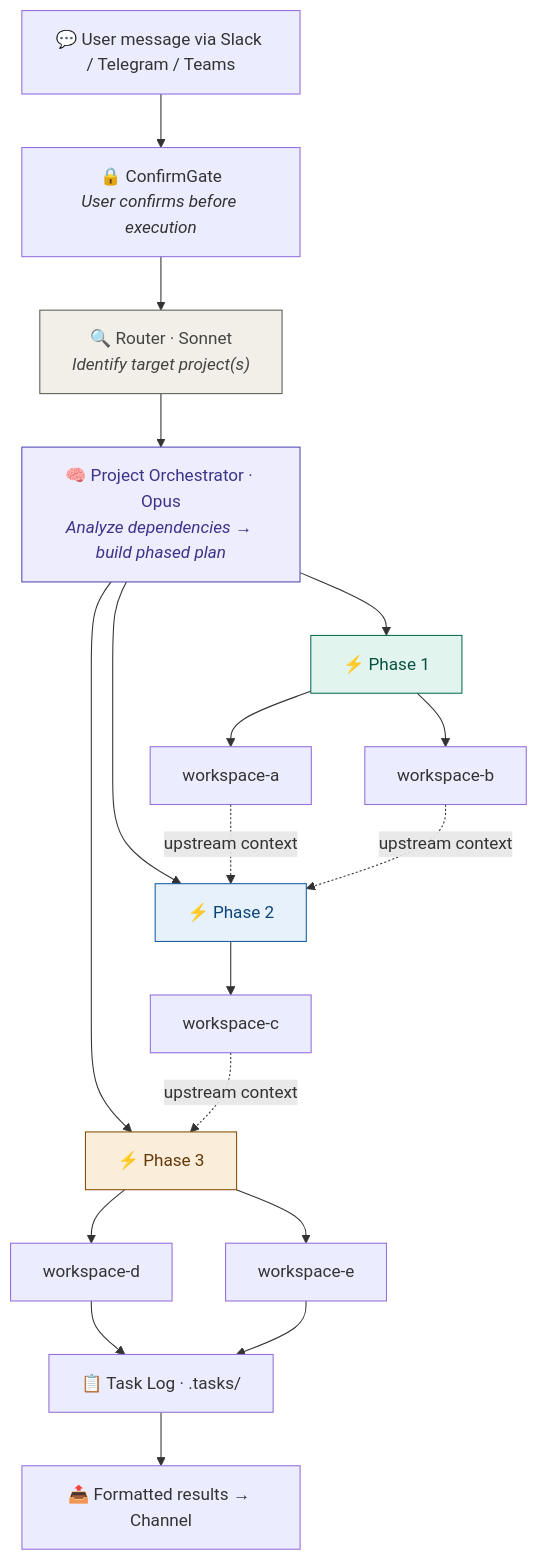
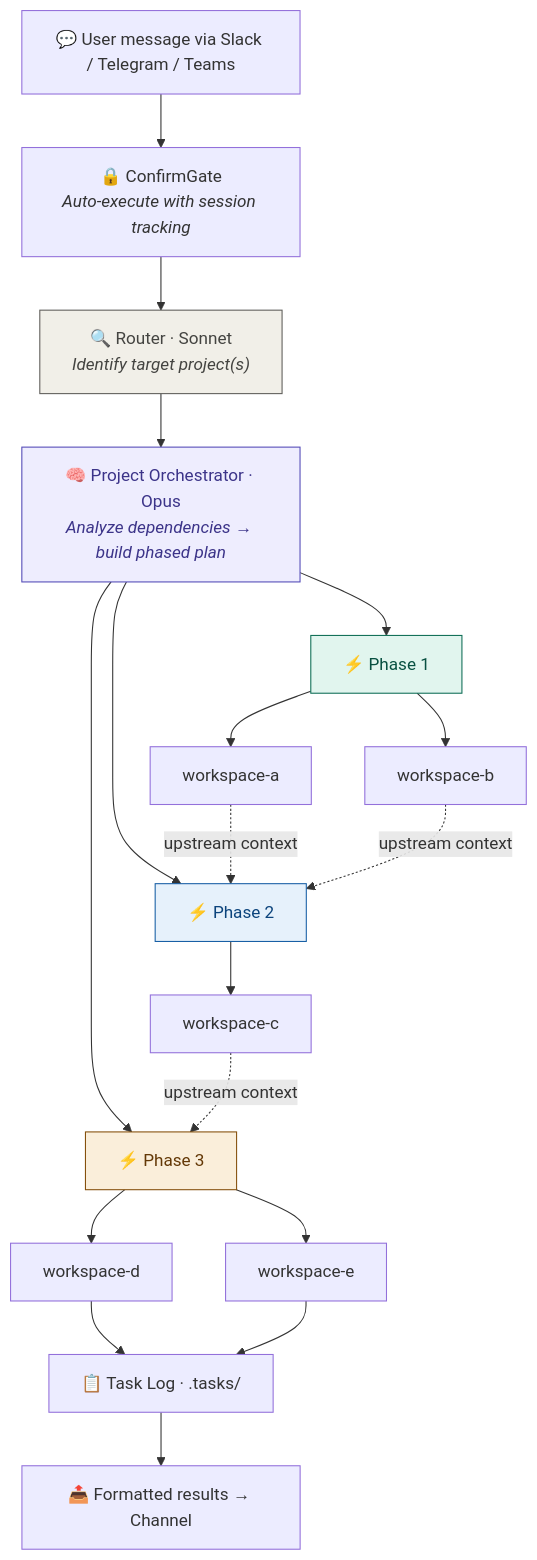
The first of 6 diagrams in README.md (arnoldadlv/claude-code-tunnels), drawn with Mermaid before and after one commit. The commit also changed other lines of this file, not shown here.

First line of the commit message:
fix: update README for auto-confirm flow and correct install instructions

````diff
--- a/README.md
+++ b/README.md
@@ -98,29 +98,29 @@
 ```mermaid
 flowchart TB
     MSG["💬 User message via Slack / Telegram / Teams"]
-    MSG --> CONFIRM["🔒 ConfirmGate<br/><i>User confirms before execution</i>"]
+    MSG --> CONFIRM["🔒 ConfirmGate<br/><i>Auto-execute with session tracking</i>"]
     CONFIRM --> ROUTER["🔍 Router · Sonnet<br/><i>Identify target project(s)</i>"]
     ROUTER --> PO["🧠 Project Orchestrator · Opus<br/><i>Analyze dependencies → build phased plan</i>"]
 
     PO --> P1["⚡ Phase 1"]
     PO --> P2["⚡ Phase 2"]
     PO --> P3["⚡ Phase 3"]
 
     P1 --> WS_A["workspace-a"]
     P1 --> WS_B["workspace-b"]
     P2 --> WS_C["workspace-c"]
     P3 --> WS_D["workspace-d"]
     P3 --> WS_E["workspace-e"]
 
     WS_A & WS_B -.->|"upstream context"| P2
     WS_C -.->|"upstream context"| P3
 
     WS_D & WS_E --> LOG["📋 Task Log · .tasks/"]
     LOG --> RESULT["📤 Formatted results → Channel"]
 
     style P1 fill:#E1F5EE,stroke:#0F6E56,color:#085041
     style P2 fill:#E6F1FB,stroke:#185FA5,color:#0C447C
     style P3 fill:#FAEEDA,stroke:#854F0B,color:#633806
     style PO fill:#EEEDFE,stroke:#534AB7,color:#3C3489
     style ROUTER fill:#F1EFE8,stroke:#5F5E5A,color:#444441
 ```
````
